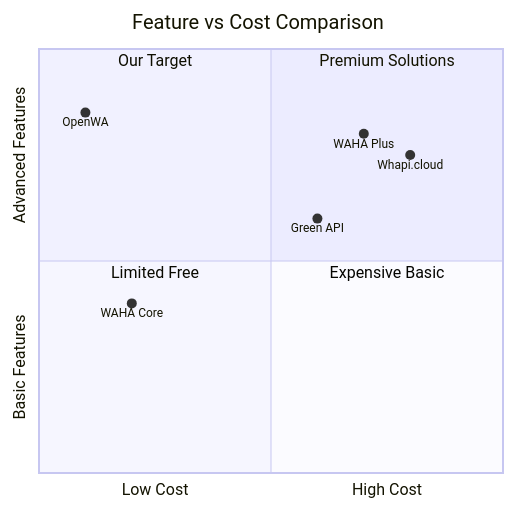
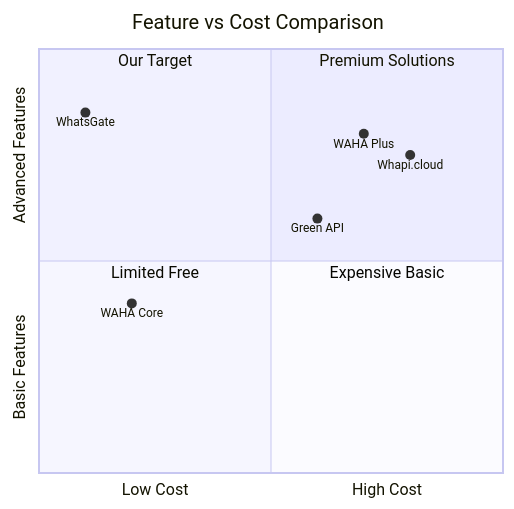
The fourth of 5 diagrams in docs/01-project-overview.md (liminal-loop/whatsgate), drawn with Mermaid before and after one commit. The commit also changed other lines of this file and 46 other files, not shown here.

Commit message:
chore: rebrand OpenWA to WhatsGate across app and docs

````diff
--- a/docs/01-project-overview.md
+++ b/docs/01-project-overview.md
@@ -186,16 +186,16 @@
 ```mermaid
 quadrantChart
     title Feature vs Cost Comparison
     x-axis Low Cost --> High Cost
     y-axis Basic Features --> Advanced Features
     quadrant-1 Premium Solutions
     quadrant-2 Our Target
     quadrant-3 Limited Free
     quadrant-4 Expensive Basic
     
     WAHA Plus: [0.7, 0.8]
     WAHA Core: [0.2, 0.4]
     Whapi.cloud: [0.8, 0.75]
     Green API: [0.6, 0.6]
-    OpenWA: [0.1, 0.85]
+    WhatsGate: [0.1, 0.85]
 ```
````
